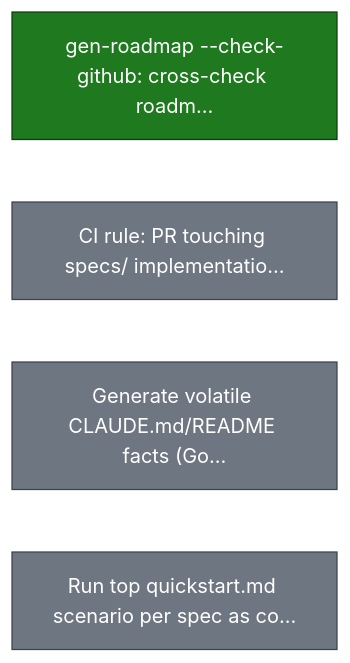
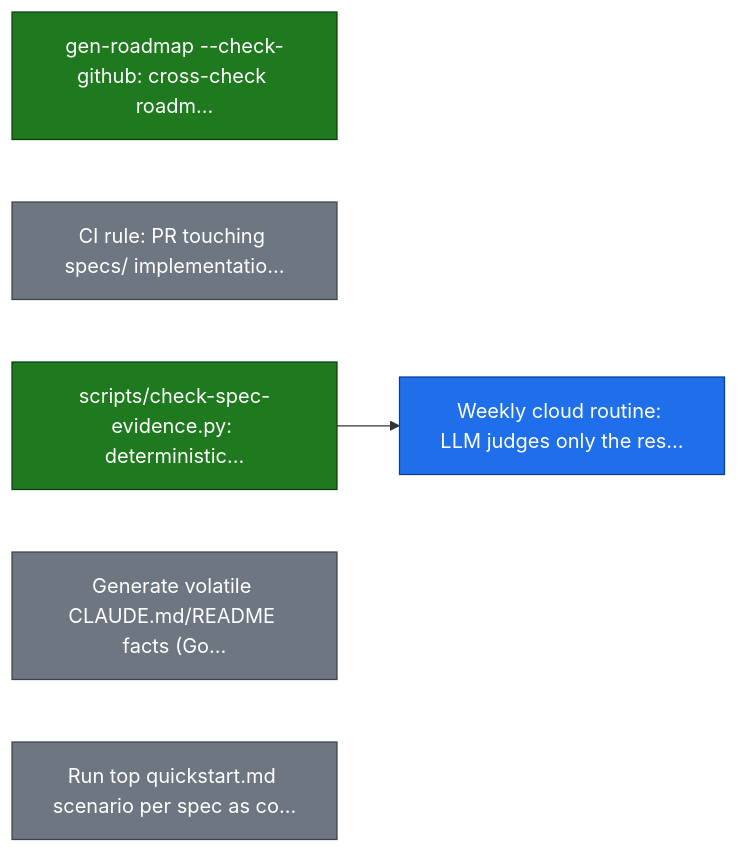
Before and after one commit to smart-mcp-proxy/mcpproxy-go: diagram 13 of 17 in ROADMAP.md, drawn with Mermaid. The commit also changed other lines of this file and 1 other file, not shown here.

Commit message:
docs(roadmap): track the spec evidence-check and the gardener routine
hygiene-spec-evidence-check (done) and hygiene-spec-gardener (in
progress) under planning-hygiene, so the automation that keeps the specs
honest is itself on the roadmap it maintains.

The gardener is a weekly Claude cloud routine, not a CI workflow: it runs
on the maintainer's subscription, clones the default branch, and pushes
to `claude/spec-gardener` (the `claude/` prefix is what the cloud git
proxy permits without enabling unrestricted branch pushes). It no-ops
until check-spec-evidence.py reaches main.

Division of labour, which is the whole point: the script decides
everything decidable and the model is spent only on the residue — does
the task's prose intent actually hold. Un-ticks are never auto-applied.

````diff
--- a/ROADMAP.md
+++ b/ROADMAP.md
@@ -408,13 +408,18 @@
 ```mermaid
 graph LR
   hygiene_roadmap_github_check["gen-roadmap --check-github: cross-check roadm…"]
   hygiene_tasks_reconcile["CI rule: PR touching specs/<id> implementatio…"]
+  hygiene_spec_evidence_check["scripts/check-spec-evidence.py: deterministic…"]
+  hygiene_spec_gardener["Weekly cloud routine: LLM judges only the res…"]
   hygiene_docs_facts["Generate volatile CLAUDE.md/README facts (Go…"]
   hygiene_quickstart_contract["Run top quickstart.md scenario per spec as co…"]
 
+  hygiene_spec_evidence_check --> hygiene_spec_gardener
 
   classDef done fill:#1f7a1f,stroke:#0d3d0d,color:#ffffff;
+  classDef in_progress fill:#1f6feb,stroke:#0b3d91,color:#ffffff;
   classDef todo fill:#6e7781,stroke:#3d4248,color:#ffffff;
-  class hygiene_roadmap_github_check done;
+  class hygiene_roadmap_github_check,hygiene_spec_evidence_check done;
+  class hygiene_spec_gardener in_progress;
   class hygiene_tasks_reconcile,hygiene_docs_facts,hygiene_quickstart_contract todo;
 ```
````
